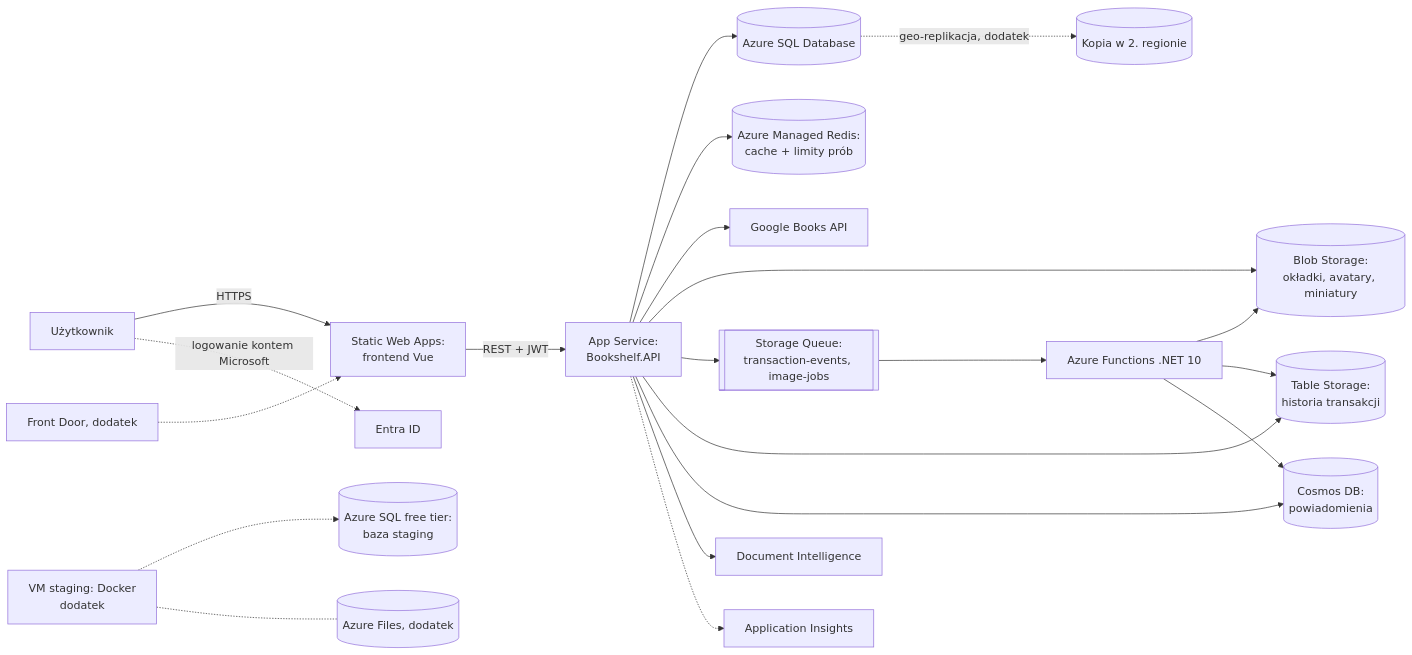
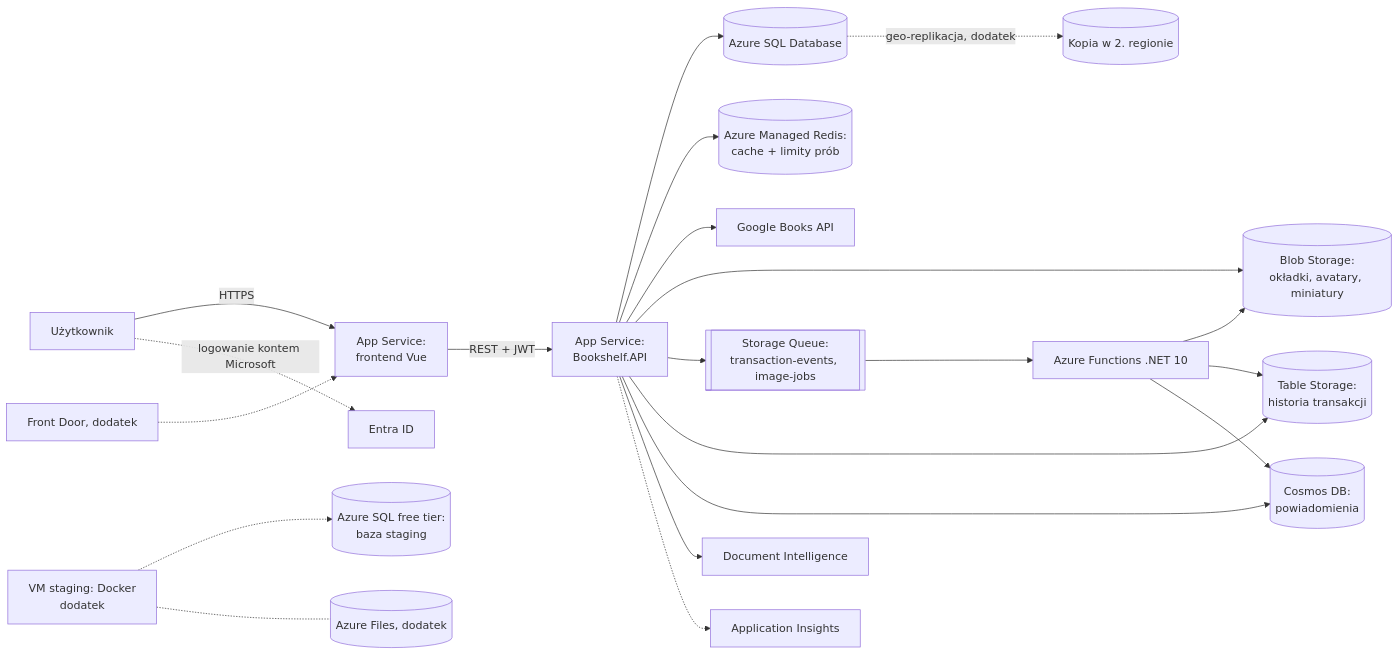
One commit to lukaszkubiak47/bookshelf-app changed the diagram in azure/01-analiza-i-zakres.md. Above: the diagram before and after it, drawn with Mermaid. The commit also changed other lines of this file and 2 other files, not shown here.

Commit message:
zaktualizowano: dokumentacja T1, frontend na App Service zamiast Static Web Apps

````diff
--- a/azure/01-analiza-i-zakres.md
+++ b/azure/01-analiza-i-zakres.md
@@ -126,23 +126,23 @@
 ```mermaid
 flowchart LR
-  U[Użytkownik] -->|HTTPS| SWA[Static Web Apps:<br/>frontend Vue]
+  U[Użytkownik] -->|HTTPS| WEB[App Service:<br/>frontend Vue]
   U -.->|logowanie kontem Microsoft| EID[Entra ID]
-  FD[Front Door, dodatek] -.-> SWA
-  SWA -->|REST + JWT| API[App Service:<br/>Bookshelf.API]
+  FD[Front Door, dodatek] -.-> WEB
+  WEB -->|REST + JWT| API[App Service:<br/>Bookshelf.API]
   API --> SQL[(Azure SQL Database)]
   SQL -. geo-replikacja, dodatek .-> SQL2[(Kopia w 2. regionie)]
   API --> R[(Azure Managed Redis:<br/>cache + limity prób)]
   API --> G[Google Books API]
   API --> B[(Blob Storage:<br/>okładki, avatary, miniatury)]
   API --> Q[[Storage Queue:<br/>transaction-events, image-jobs]]
   API --> T[(Table Storage:<br/>historia transakcji)]
   API --> C[(Cosmos DB:<br/>powiadomienia)]
   API --> DI[Document Intelligence]
   Q --> F[Azure Functions .NET 10]
   F --> B
   F --> T
   F --> C
   VM[VM staging: Docker<br/>dodatek] -.-> SQLS[(Azure SQL free tier:<br/>baza staging)]
   VM -.- FS[(Azure Files, dodatek)]
   API -.-> AIN[Application Insights]
 ```
````
